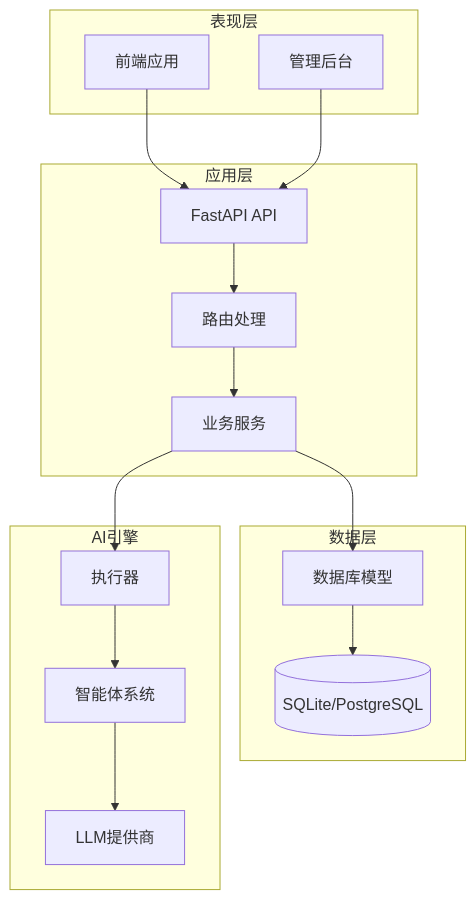
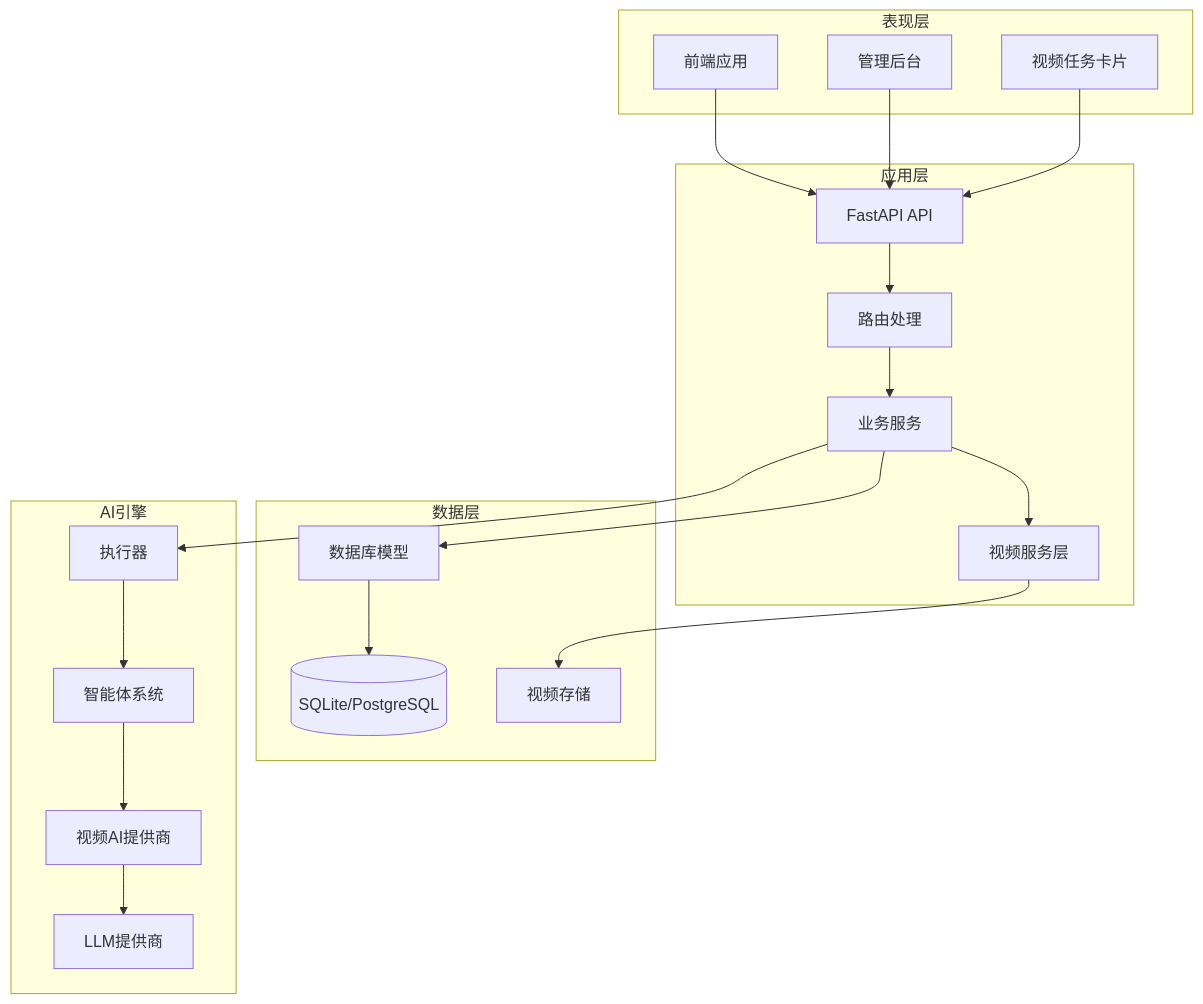
One commit to KunLabAI/KunFlix changed the fourth of 15 diagrams in .qoder/repowiki/zh/content/前端应用架构/状态管理/Zustand Store 设计/增强的AI助手存储.md. Above: the diagram before and after it, drawn with Mermaid. The commit also changed other lines of this file and 29 other files, not shown here.

````diff
--- a/.qoder/repowiki/zh/content/前端应用架构/状态管理/Zustand Store 设计/增强的AI助手存储.md
+++ b/.qoder/repowiki/zh/content/前端应用架构/状态管理/Zustand Store 设计/增强的AI助手存储.md
@@ -175,30 +227,38 @@
 ```mermaid
 graph TB
 subgraph "表现层"
 FE[前端应用]
 ADMIN[管理后台]
+VIDEO_CARD[视频任务卡片]
 end
 subgraph "应用层"
 API[FastAPI API]
 ROUTERS[路由处理]
 SERVICES[业务服务]
+VIDEO_SERVICES[视频服务层]
 end
 subgraph "数据层"
 MODELS[数据库模型]
 DB[(SQLite/PostgreSQL)]
+VIDEOS[视频存储]
 end
 subgraph "AI引擎"
 AGENTS[智能体系统]
 EXECUTOR[执行器]
 PROVIDERS[LLM提供商]
+VIDEO_PROVIDERS[视频AI提供商]
 end
 FE --> API
 ADMIN --> API
+VIDEO_CARD --> API
 API --> ROUTERS
 ROUTERS --> SERVICES
 SERVICES --> MODELS
+SERVICES --> VIDEO_SERVICES
+VIDEO_SERVICES --> VIDEOS
 MODELS --> DB
 SERVICES --> EXECUTOR
 EXECUTOR --> AGENTS
-AGENTS --> PROVIDERS
+AGENTS --> VIDEO_PROVIDERS
+VIDEO_PROVIDERS --> PROVIDERS
 ```
````
